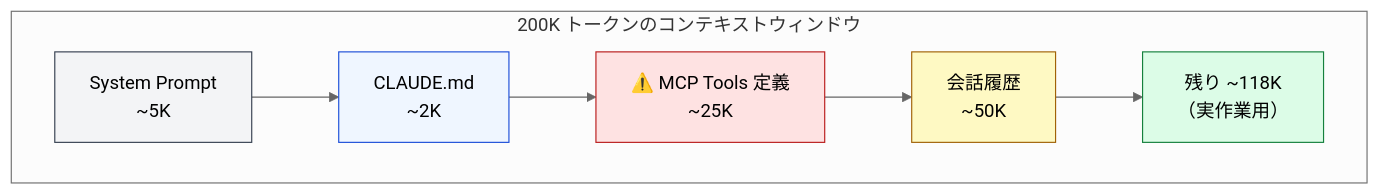
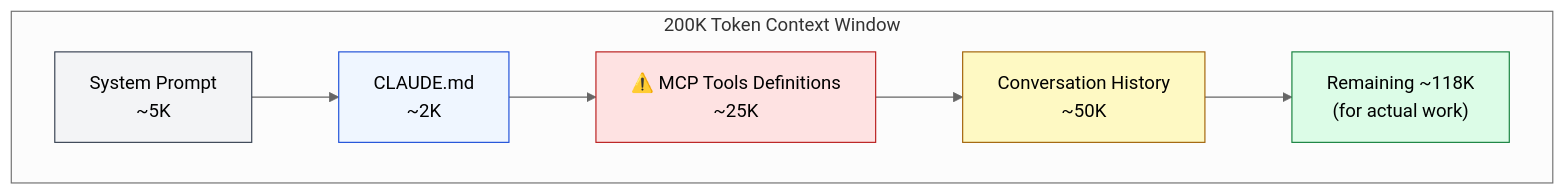
One commit to shuji-bonji/understanding-llm-through-claude-code changed the diagram in docs/06-tool-context/mcp-context-cost.md. Above: the diagram before and after it, drawn with Mermaid (neutral theme). The commit also changed other lines of this file and 100 other files, not shown here.

````diff
--- a/docs/06-tool-context/mcp-context-cost.md
+++ b/docs/06-tool-context/mcp-context-cost.md
@@ -20,19 +22,19 @@
 ```mermaid
 graph TB
-    subgraph budget ["200K トークンのコンテキストウィンドウ"]
+    subgraph budget ["200K Token Context Window"]
         direction LR
         SP["System Prompt<br>~5K"]
         CM["CLAUDE.md<br>~2K"]
-        MCP["⚠️ MCP Tools 定義<br>~25K"]
-        CH["会話履歴<br>~50K"]
-        FREE["残り ~118K<br>（実作業用）"]
+        MCP["⚠️ MCP Tools Definitions<br>~25K"]
+        CH["Conversation History<br>~50K"]
+        FREE["Remaining ~118K<br>(for actual work)"]
     end
 
     SP --> CM --> MCP --> CH --> FREE
 
     style SP fill:#f3f4f6,stroke:#374151,color:#000
     style CM fill:#eff6ff,stroke:#1d4ed8,color:#000
     style MCP fill:#fee2e2,stroke:#b91c1c,color:#000
     style CH fill:#fef9c3,stroke:#a16207,color:#000
     style FREE fill:#dcfce7,stroke:#15803d,color:#000
 ```
````
